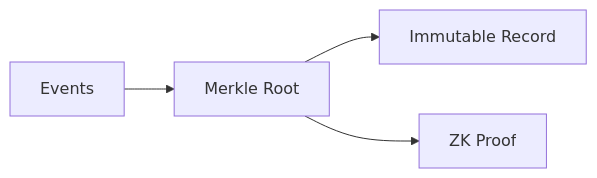
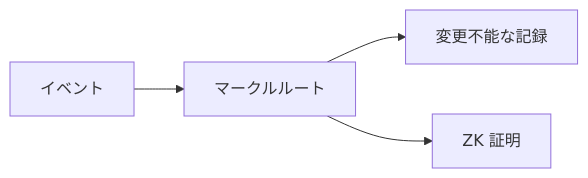
Diagram 16 of 48 in docs/whitepaper/10-security.md (ShigeichiroYamasaki/creator-first-platform), drawn with Mermaid before and after one commit. The commit also changed other lines of this file and 72 other files, not shown here.

````diff
--- a/docs/whitepaper/10-security.md
+++ b/docs/whitepaper/10-security.md
@@ -521,10 +521,10 @@
 ```mermaid
 flowchart LR
-    EVENTS[Events]
-    ROOT[Merkle Root]
-    LOG[Immutable Record]
-    PROOF[ZK Proof]
+    EVENTS[イベント]
+    ROOT[マークルルート]
+    LOG[変更不能な記録]
+    PROOF[ZK 証明]
 
     EVENTS --> ROOT --> LOG
     ROOT --> PROOF
 ```
````
